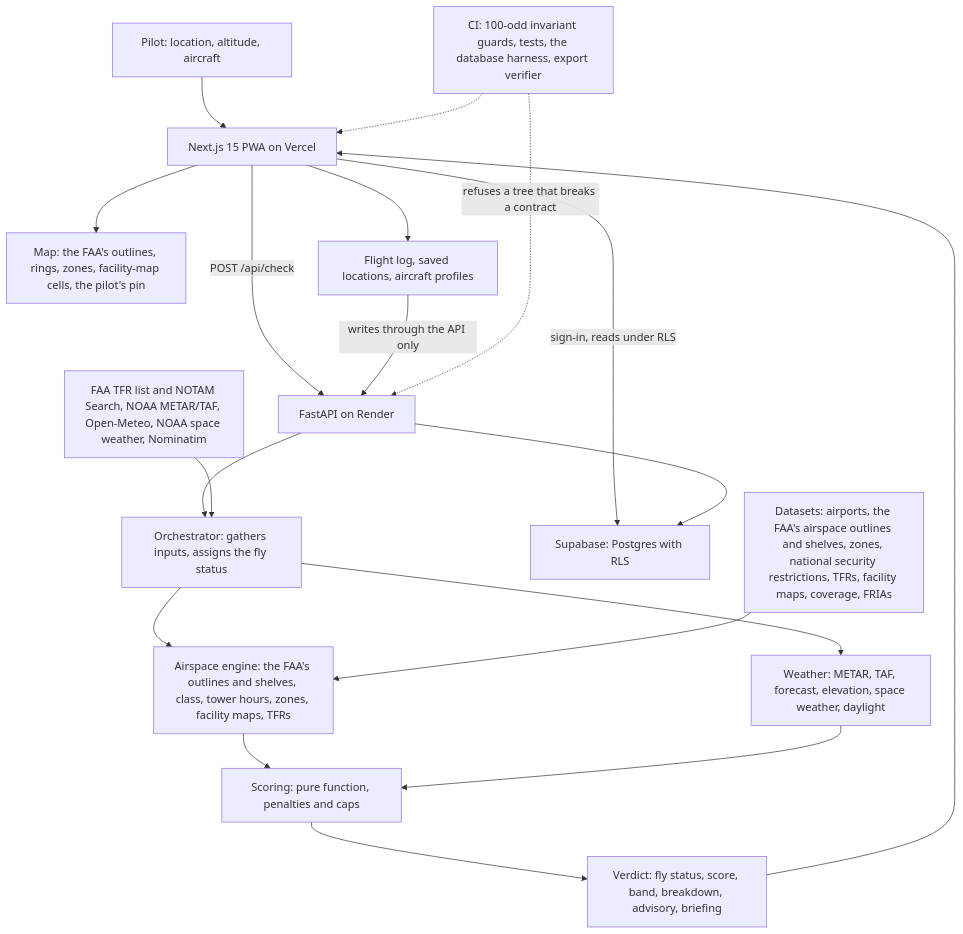
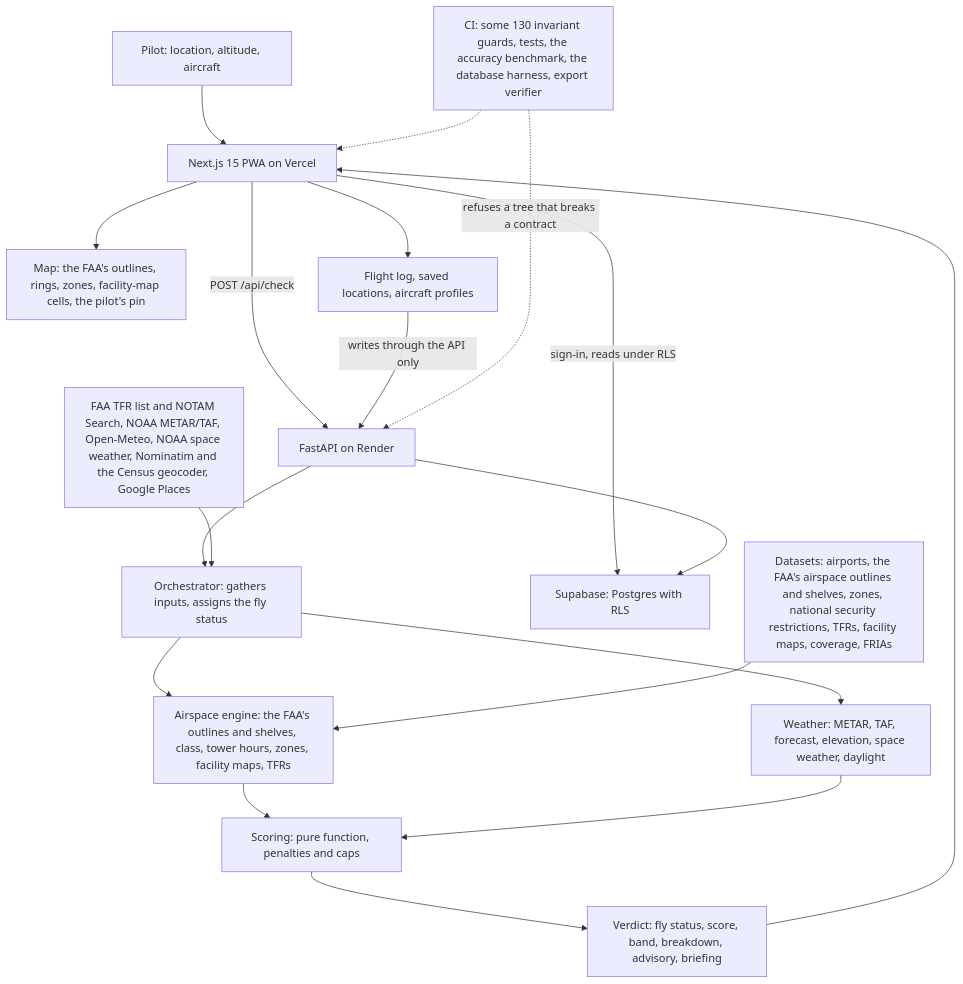
The diagram in README.md (jha-ayush/uas-skycheck-architecture), drawn with Mermaid before and after one commit. The commit also changed other lines of this file, not shown here.

````diff
--- a/README.md
+++ b/README.md
@@ -79,21 +81,21 @@
 ```mermaid
 flowchart TD
     P["Pilot: location, altitude, aircraft"] --> FE["Next.js 15 PWA on Vercel"]
     FE -->|"POST /api/check"| API["FastAPI on Render"]
     API --> ORC["Orchestrator: gathers inputs, assigns the fly status"]
     ORC --> GEO["Airspace engine: the FAA's outlines and shelves, class, tower hours, zones, facility maps, TFRs"]
     ORC --> WX["Weather: METAR, TAF, forecast, elevation, space weather, daylight"]
     GEO --> SC["Scoring: pure function, penalties and caps"]
     WX --> SC
     SC --> RESP["Verdict: fly status, score, band, breakdown, advisory, briefing"]
     RESP --> FE
     FE --> MAP["Map: the FAA's outlines, rings, zones, facility-map cells, the pilot's pin"]
     FE --> LOG["Flight log, saved locations, aircraft profiles"]
     LOG -->|"writes through the API only"| API
     FE -->|"sign-in, reads under RLS"| SB["Supabase: Postgres with RLS"]
     API --> SB
     DS["Datasets: airports, the FAA's airspace outlines and shelves, zones, national security restrictions, TFRs, facility maps, coverage, FRIAs"] --> GEO
-    EXT["FAA TFR list and NOTAM Search, NOAA METAR/TAF, Open-Meteo, NOAA space weather, Nominatim"] --> ORC
-    CI["CI: 100-odd invariant guards, tests, the database harness, export verifier"] -.->|"refuses a tree that breaks a contract"| API
+    EXT["FAA TFR list and NOTAM Search, NOAA METAR/TAF, Open-Meteo, NOAA space weather, Nominatim and the Census geocoder, Google Places"] --> ORC
+    CI["CI: some 130 invariant guards, tests, the accuracy benchmark, the database harness, export verifier"] -.->|"refuses a tree that breaks a contract"| API
     CI -.-> FE
 ```
````
